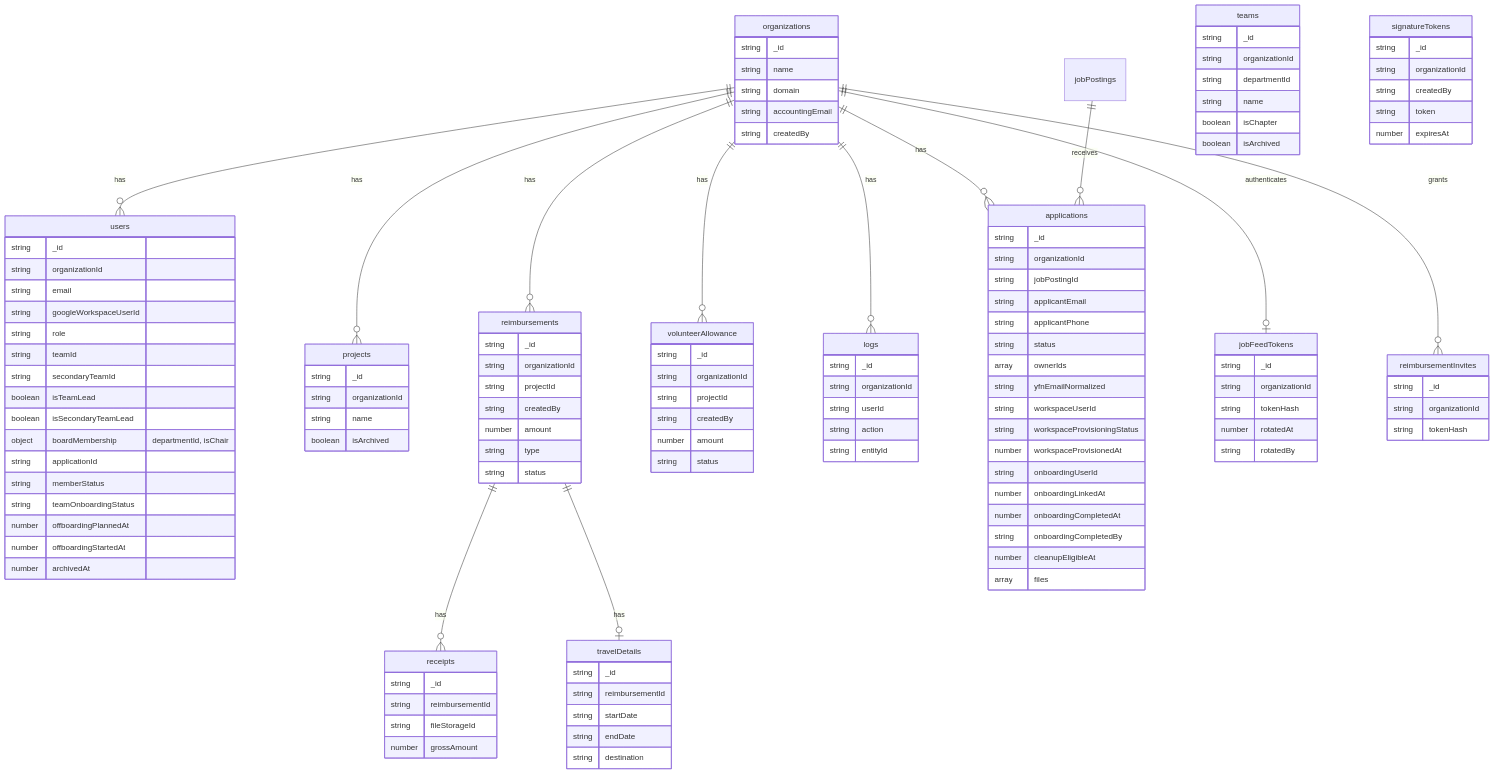
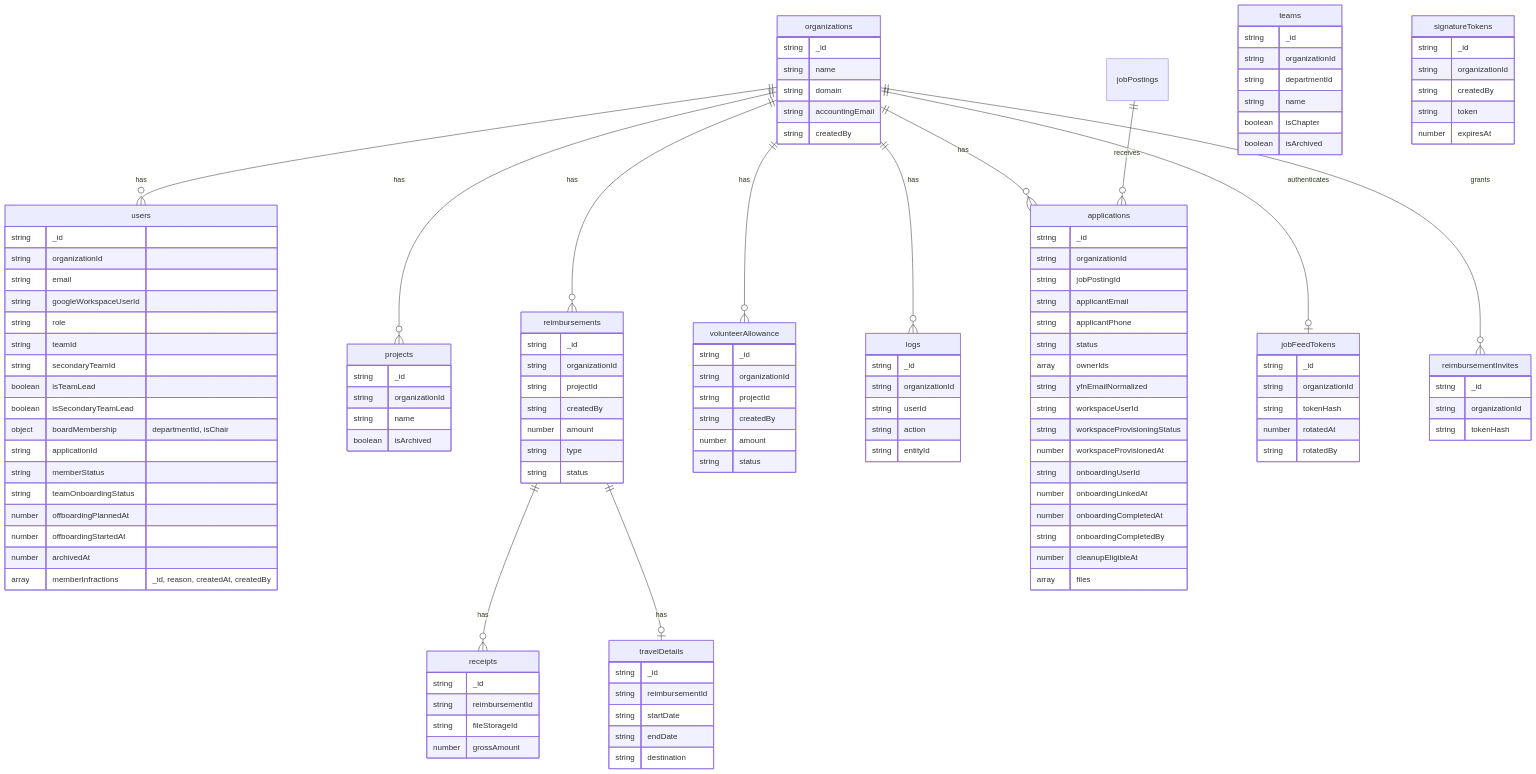
The diagram in docs/schema.md (yfndev/ybase), drawn with Mermaid before and after one commit. The commit also changed 11 other files, not shown here.

Commit message:
feat(members): add member infractions

```diff
--- a/docs/schema.md
+++ b/docs/schema.md
@@ -57,6 +57,7 @@
         number offboardingPlannedAt
         number offboardingStartedAt
         number archivedAt
+        array memberInfractions "_id, reason, createdAt, createdBy"
     }
 
     teams {
```
